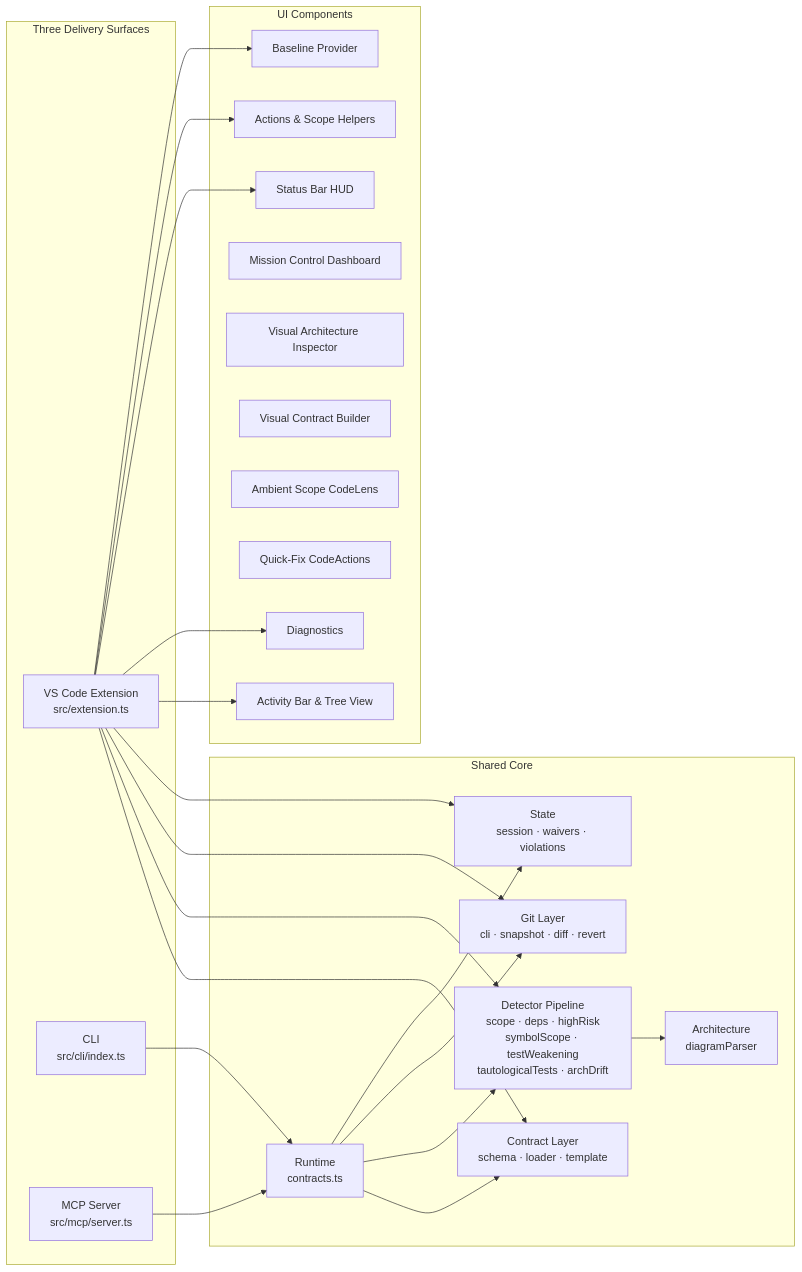
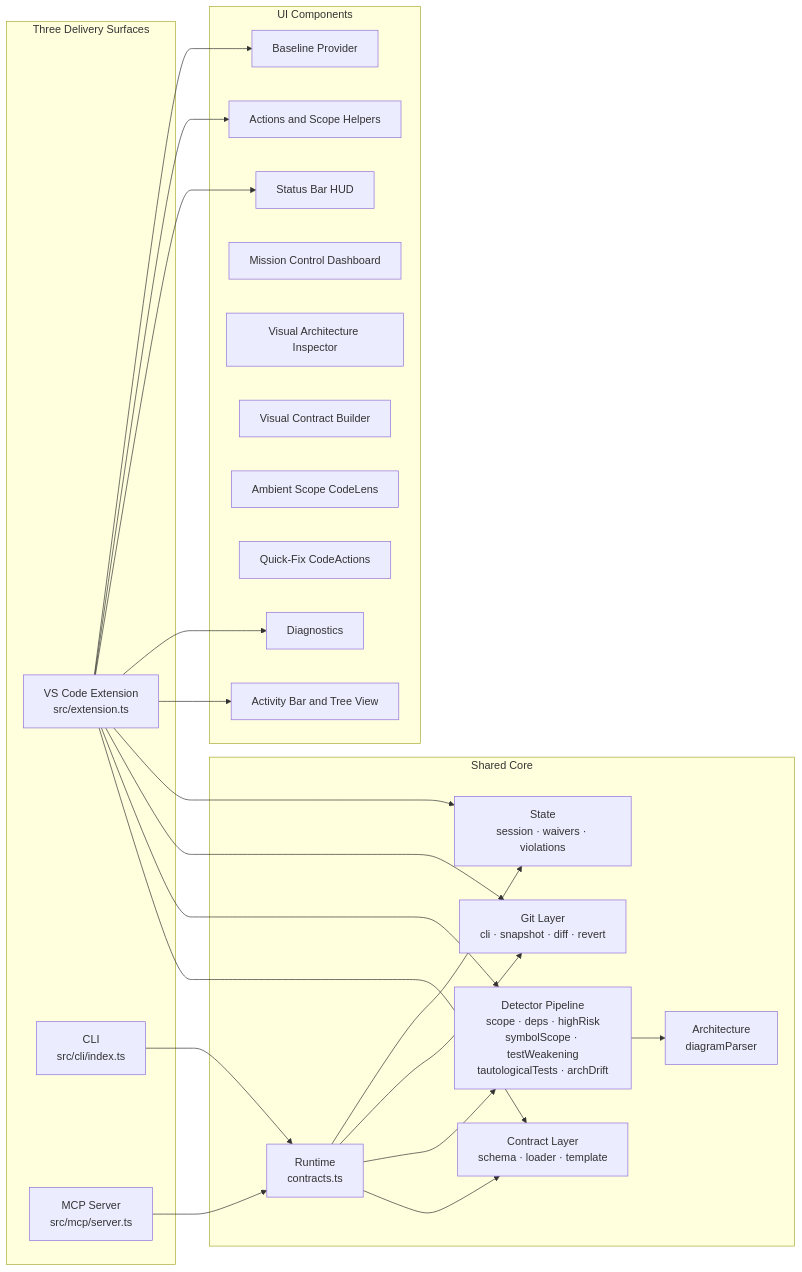
Before and after one commit to anilkumar4/intent-contract-vs-ext: the first of 2 diagrams in project_analysis.md, drawn with Mermaid. The commit also changed 6 other files, not shown here.

First line of the commit message:
fix(ui,docs): use native monochromatic SVG activity bar icon and fix mermaid flowchart subgraph layout

````diff
--- a/project_analysis.md
+++ b/project_analysis.md
@@ -14,43 +14,43 @@
 ```mermaid
 flowchart LR
   subgraph "Three Delivery Surfaces"
     EXT["VS Code Extension<br/>src/extension.ts"]
     CLI["CLI<br/>src/cli/index.ts"]
     MCP["MCP Server<br/>src/mcp/server.ts"]
   end
 
   subgraph "Shared Core"
     CONTRACT["Contract Layer<br/>schema · loader · template"]
     DETECTORS["Detector Pipeline<br/>scope · deps · highRisk<br/>symbolScope · testWeakening<br/>tautologicalTests · archDrift"]
     GIT["Git Layer<br/>cli · snapshot · diff · revert"]
     RUNTIME["Runtime<br/>contracts.ts"]
     STATE["State<br/>session · waivers · violations"]
     ARCH["Architecture<br/>diagramParser"]
   end
 
   subgraph "UI Components"
-    TREE["Activity Bar & Tree View"]
+    TREE["Activity Bar and Tree View"]
     DIAG["Diagnostics"]
     SB["Status Bar HUD"]
     DASH["Mission Control Dashboard"]
     ARCH_UI["Visual Architecture Inspector"]
     BUILDER["Visual Contract Builder"]
     CODELENS["Ambient Scope CodeLens"]
     QUICKFIX["Quick-Fix CodeActions"]
-    ACTIONS["Actions & Scope Helpers"]
+    ACTIONS["Actions and Scope Helpers"]
     BASELINE["Baseline Provider"]
   end
 
   EXT --> CONTRACT
   EXT --> DETECTORS
   EXT --> GIT
   EXT --> STATE
   CLI --> RUNTIME
   MCP --> RUNTIME
   RUNTIME --> CONTRACT
   RUNTIME --> DETECTORS
   RUNTIME --> GIT
   RUNTIME --> STATE
   DETECTORS --> ARCH
   EXT --> TREE & DIAG & SB & ACTIONS & BASELINE
 ```
````
